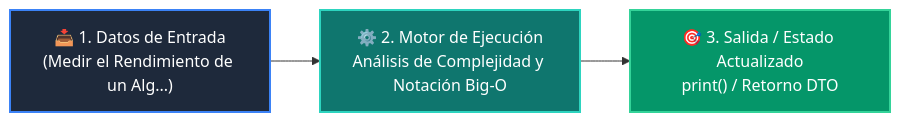
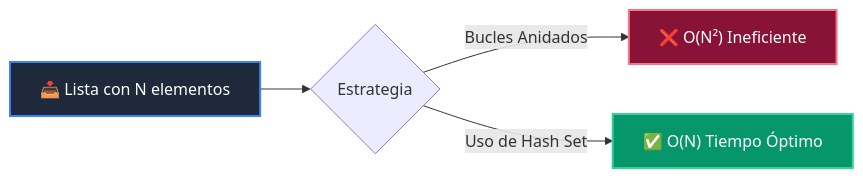
The diagram in docs/curso-02/clase-01.md (wisrovi/wisrovi-python), drawn with Mermaid before and after one commit. The commit also changed other lines of this file and 52 other files, not shown here.

````diff
--- a/docs/curso-02/clase-01.md
+++ b/docs/curso-02/clase-01.md
@@ -38,9 +38,9 @@
 ```mermaid
 flowchart LR
-    IN["📥 1. Datos de Entrada<br/>(Medir el Rendimiento de un Alg...)"] --> ENG["⚙️ 2. Motor de Ejecución<br/>Análisis de Complejidad y Notación Big-O"]
-    ENG --> OUT["🎯 3. Salida / Estado Actualizado<br/>print() / Retorno DTO"]
-
-    style IN fill:#1e293b,color:#ffffff,stroke:#3b82f6,stroke-width:2px
-    style ENG fill:#0f766e,color:#ffffff,stroke:#2dd4bf,stroke-width:2px
-    style OUT fill:#059669,color:#ffffff,stroke:#34d399,stroke-width:2px
+    A["📥 Lista con N elementos"] --> B{"Estrategia"}
+    B -->|Bucles Anidados| C["❌ O(N²) Ineficiente"]
+    B -->|Uso de Hash Set| D["✅ O(N) Tiempo Óptimo"]
+    style A fill:#1e293b,color:#ffffff,stroke:#3b82f6,stroke-width:2px
+    style C fill:#881337,color:#ffffff,stroke:#fb7185,stroke-width:2px
+    style D fill:#059669,color:#ffffff,stroke:#34d399,stroke-width:2px
 ```
````
